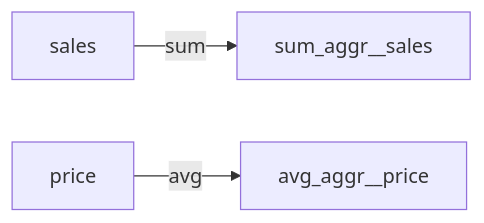
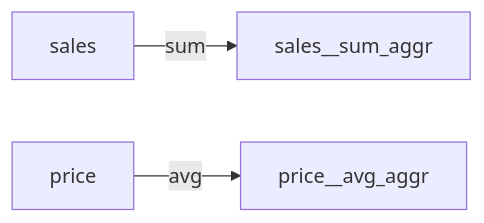
One commit to mloda-ai/mloda changed the third of 5 diagrams in memory-bank/feature_groups.md. Above: the diagram before and after it, drawn with Mermaid. The commit also changed other lines of this file and 81 other files, not shown here.

````diff
--- a/memory-bank/feature_groups.md
+++ b/memory-bank/feature_groups.md
@@ -135,5 +135,5 @@
 ```mermaid
 graph LR
-    sales[sales] --> |sum| sum_aggr[sum_aggr__sales]
-    price[price] --> |avg| avg_aggr[avg_aggr__price]
+    sales[sales] --> |sum| sum_aggr[sales__sum_aggr]
+    price[price] --> |avg| avg_aggr[price__avg_aggr]
 ```
````
